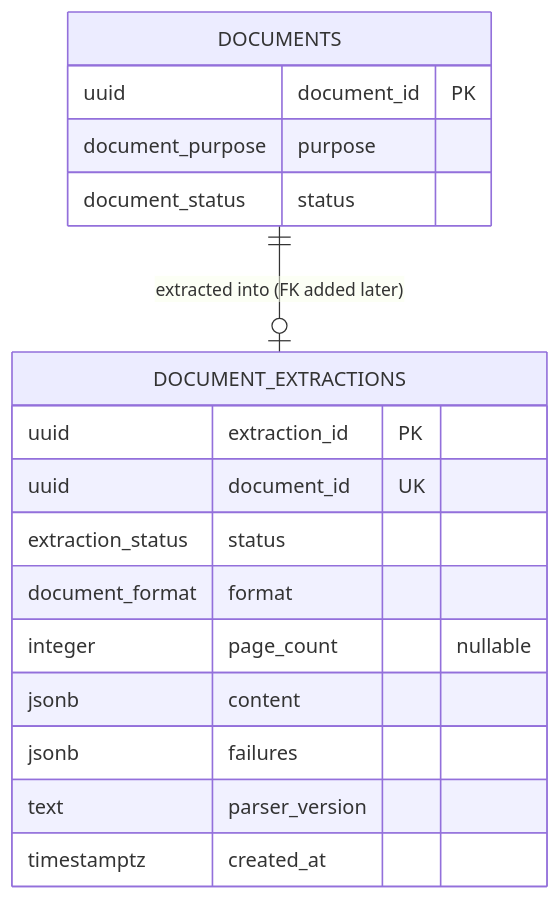
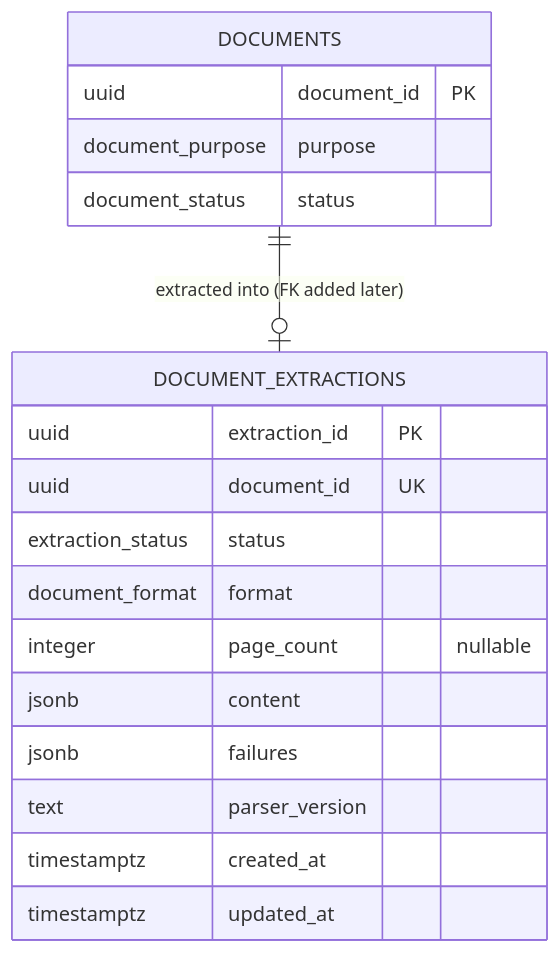
The first of 2 diagrams in docs/modules/parsing.md (cv-parser-team/Backend), drawn with Mermaid before and after one commit. The commit also changed other lines of this file and 30 other files, not shown here.

````diff
--- a/docs/modules/parsing.md
+++ b/docs/modules/parsing.md
@@ -81,21 +87,22 @@
 ```mermaid
 erDiagram
     DOCUMENTS ||--o| DOCUMENT_EXTRACTIONS : "extracted into (FK added later)"
 
     DOCUMENTS {
         uuid document_id PK
         document_purpose purpose
         document_status status
     }
     DOCUMENT_EXTRACTIONS {
         uuid extraction_id PK
         uuid document_id UK
         extraction_status status
         document_format format
         integer page_count "nullable"
         jsonb content
         jsonb failures
         text parser_version
         timestamptz created_at
+        timestamptz updated_at
     }
 ```
````
